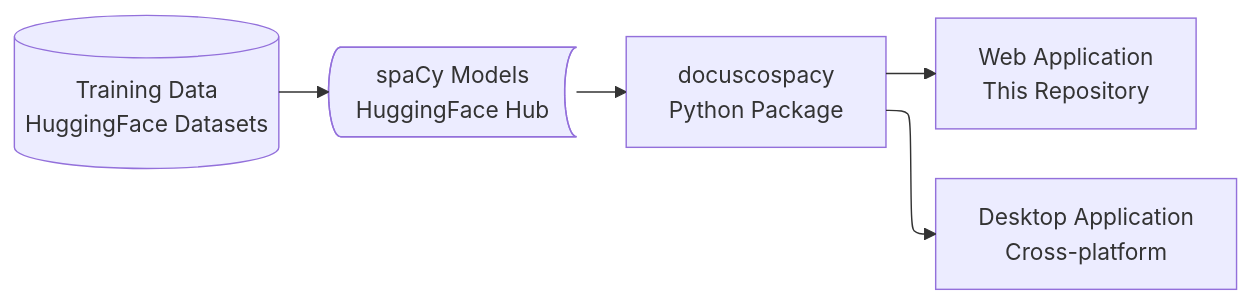
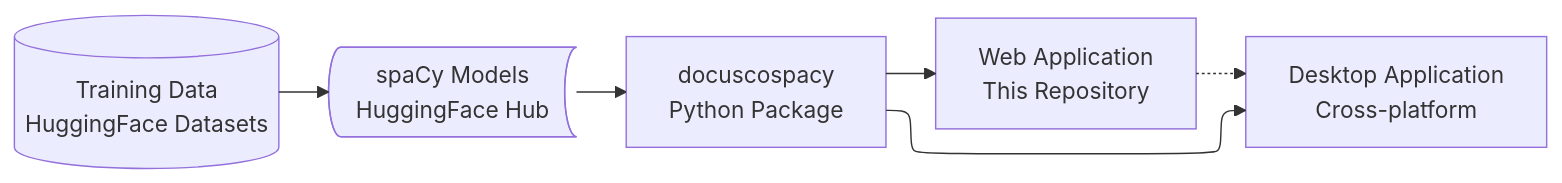
The diagram in README.md (browndw/docuscope-ca-online), drawn with Mermaid before and after one commit.

Commit message:
Update flowchart in README to include desktop app
Added a connection between the web and desktop applications in the flowchart.

````diff
--- a/README.md
+++ b/README.md
@@ -16,17 +16,18 @@
 ```mermaid
 ---
 config:
   layout: elk
 ---
 flowchart LR
     A["Training Data<br>HuggingFace Datasets"] --> B["spaCy Models<br>HuggingFace Hub"]
     B --> C["docuscospacy<br>Python Package"]
     C --> D["Web Application<br>This Repository"] & E["Desktop Application<br>Cross-platform"]
+    D -.-> E
     A@{ shape: cyl}
     B@{ shape: stored-data}
     click A "https://huggingface.co/datasets/browndw/docusco-spacy-training"
     click B "https://huggingface.co/browndw/en_docusco_spacy"
     click C "https://pypi.org/project/docuscospacy/"
     click D "https://github.com/browndw/docuscope-ca-online"
     click E "https://github.com/browndw/docuscope-ca-desktop"
 ```
````
